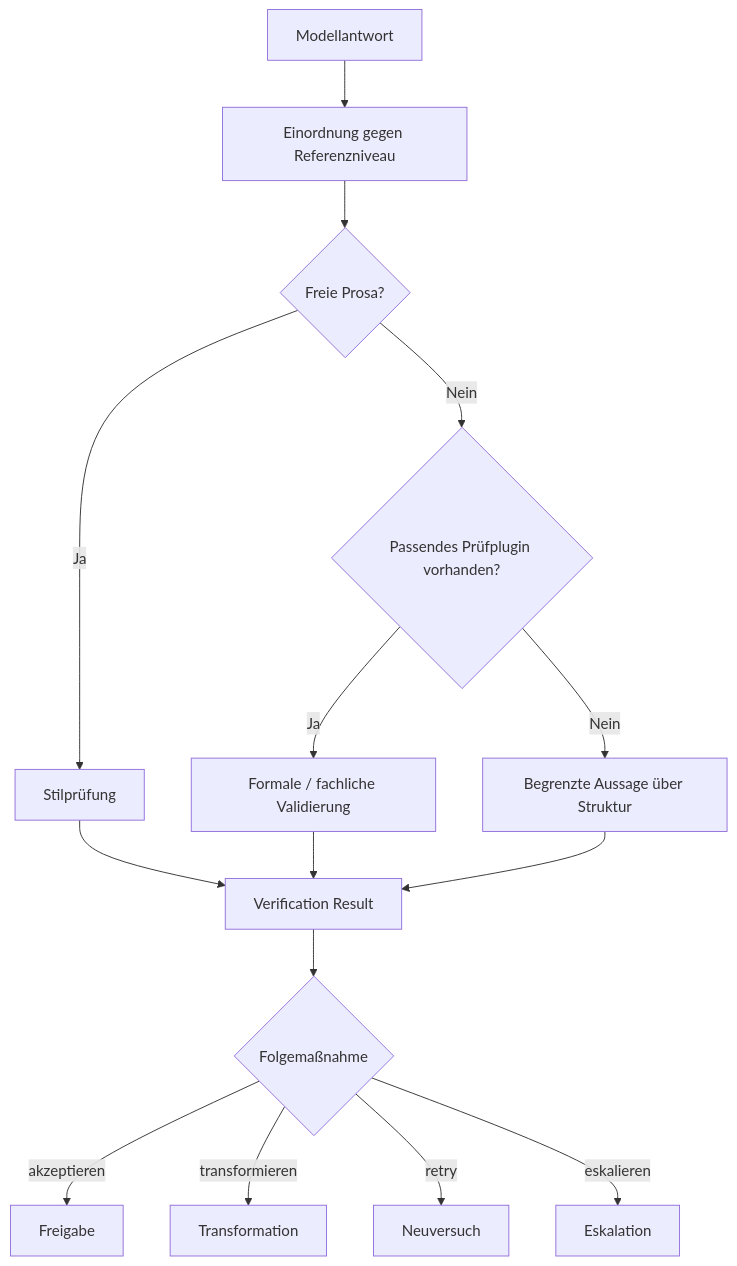
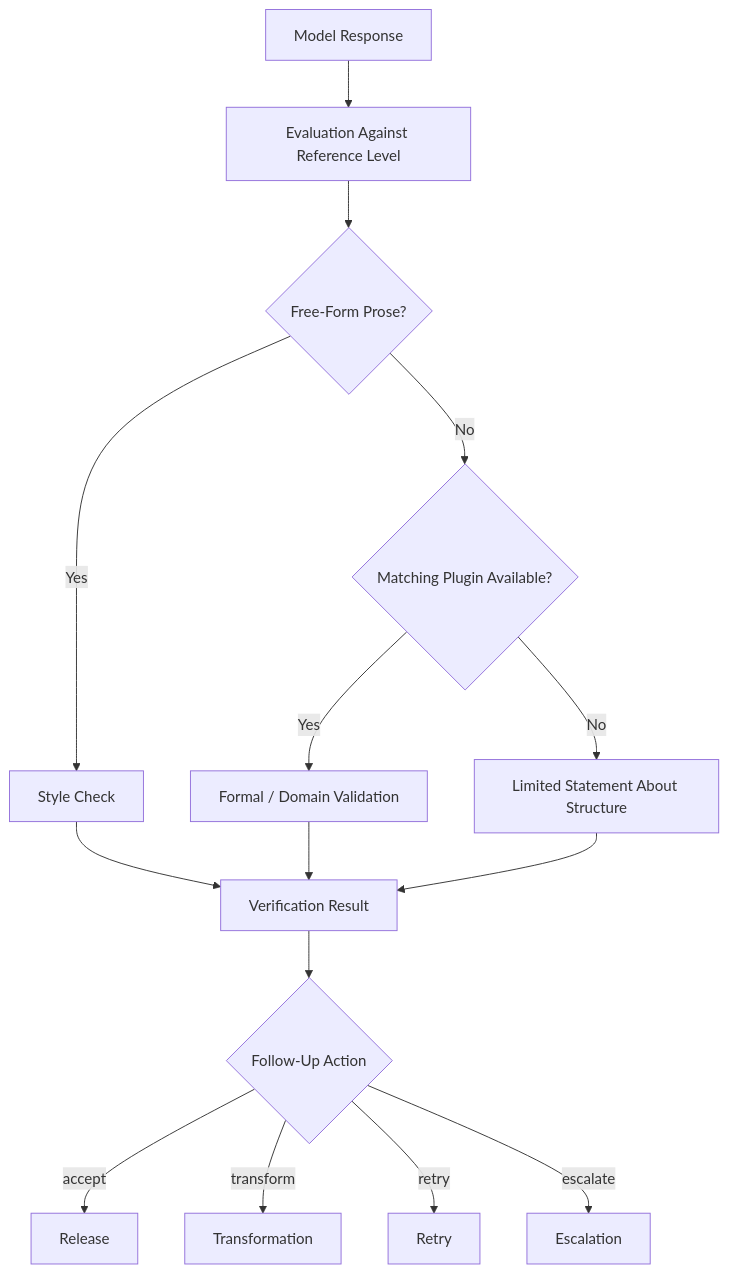
Before and after one commit to max-dingsda/MDAL: the diagram in Docs/03-verification.md, drawn with Mermaid. The commit also changed other lines of this file and 82 other files, not shown here.

````diff
--- a/Docs/03-verification.md
+++ b/Docs/03-verification.md
@@ -55,21 +55,21 @@
 ```mermaid
 flowchart TD
-    A[Modellantwort] --> B[Einordnung gegen Referenzniveau]
-    B --> C{Freie Prosa?}
+    A[Model Response] --> B[Evaluation Against Reference Level]
+    B --> C{Free-Form Prose?}
 
-    C -- Ja --> D[Stilprüfung]
-    C -- Nein --> E{Passendes Prüfplugin vorhanden?}
+    C -- Yes --> D[Style Check]
+    C -- No --> E{Matching Plugin Available?}
 
-    E -- Ja --> F[Formale / fachliche Validierung]
-    E -- Nein --> G[Begrenzte Aussage über Struktur]
+    E -- Yes --> F[Formal / Domain Validation]
+    E -- No --> G[Limited Statement About Structure]
 
     D --> H[Verification Result]
     F --> H
     G --> H
 
-    H --> I{Folgemaßnahme}
-    I -- akzeptieren --> J[Freigabe]
-    I -- transformieren --> K[Transformation]
-    I -- retry --> L[Neuversuch]
-    I -- eskalieren --> M[Eskalation]
+    H --> I{Follow-Up Action}
+    I -- accept --> J[Release]
+    I -- transform --> K[Transformation]
+    I -- retry --> L[Retry]
+    I -- escalate --> M[Escalation]
 ```
````
